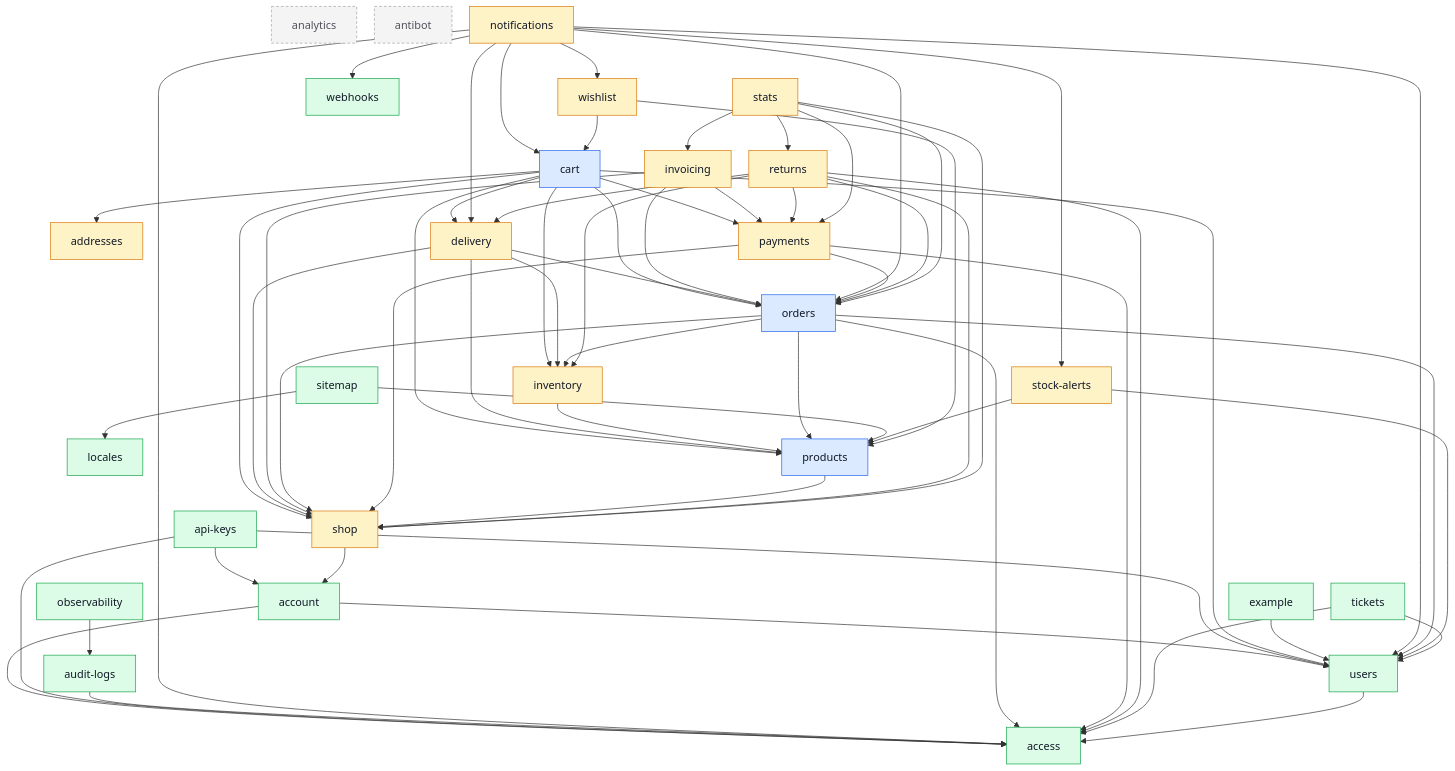
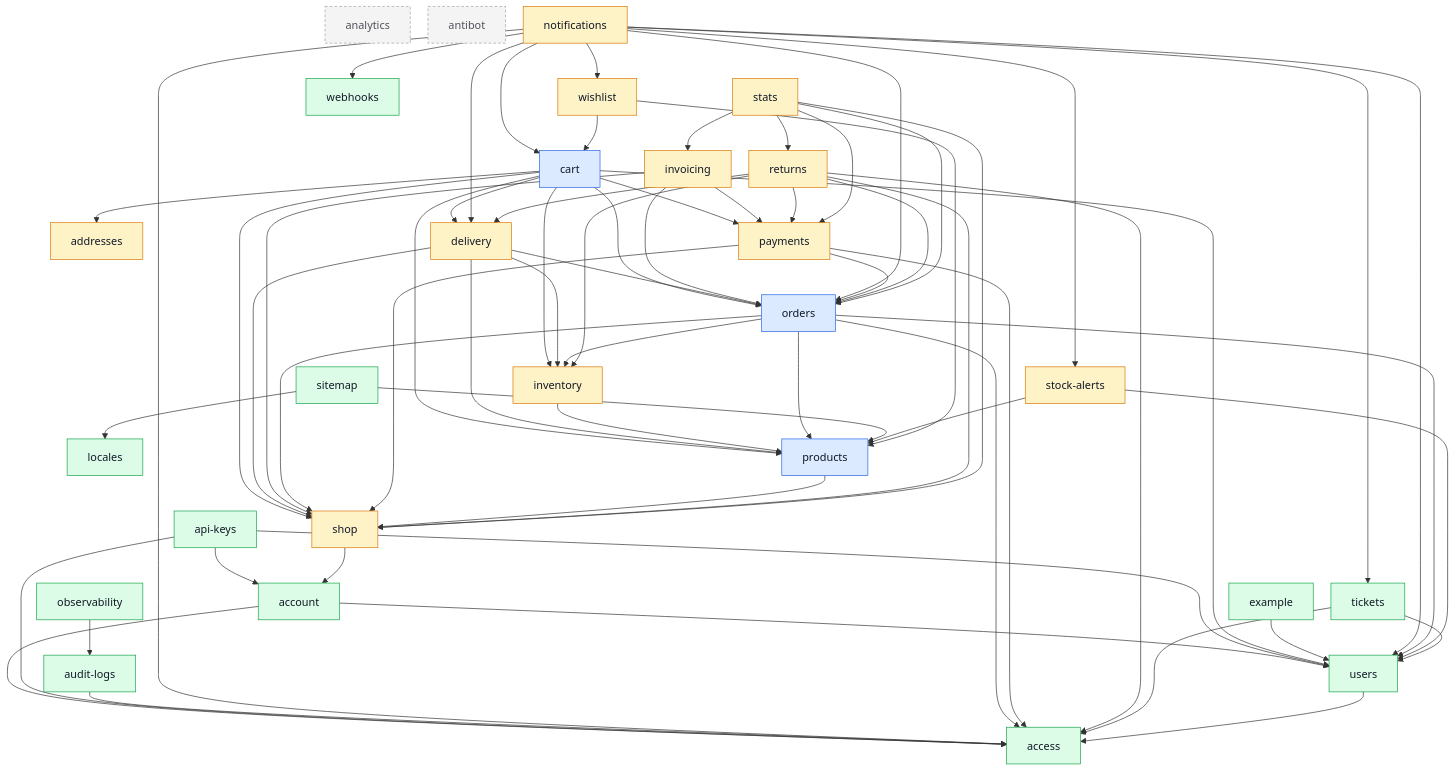
Before and after one commit to Guebbit/boilerplate-node-backend: the diagram in docs/modules/index.md, drawn with Mermaid. The commit also changed other lines of this file and 39 other files, not shown here.

```diff
--- a/docs/modules/index.md
+++ b/docs/modules/index.md
@@ -96,6 +96,7 @@
     notifications --> delivery
     notifications --> orders
     notifications --> stock_alerts
+    notifications --> tickets
     notifications --> users
     notifications --> webhooks
     notifications --> wishlist
```
